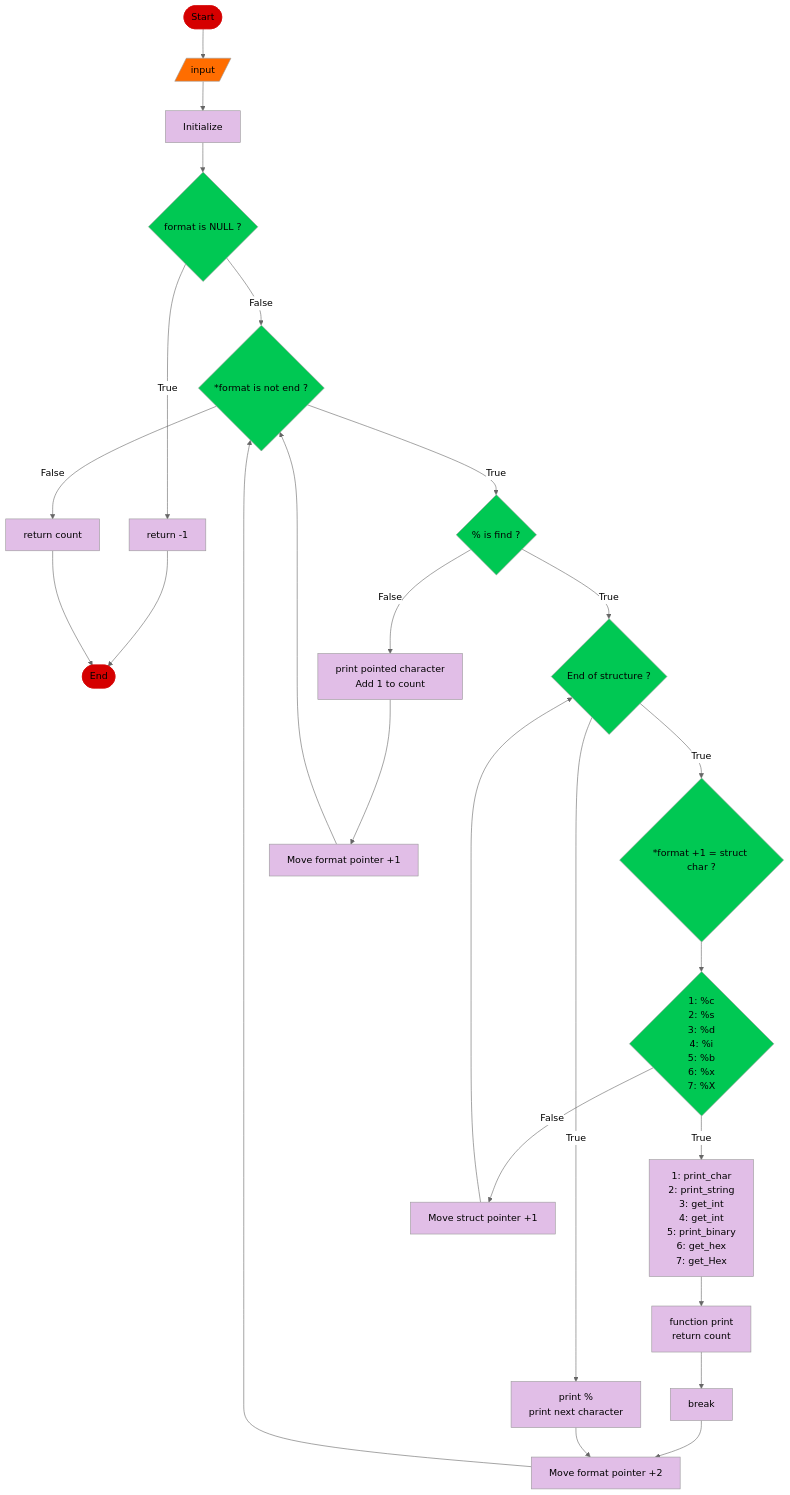
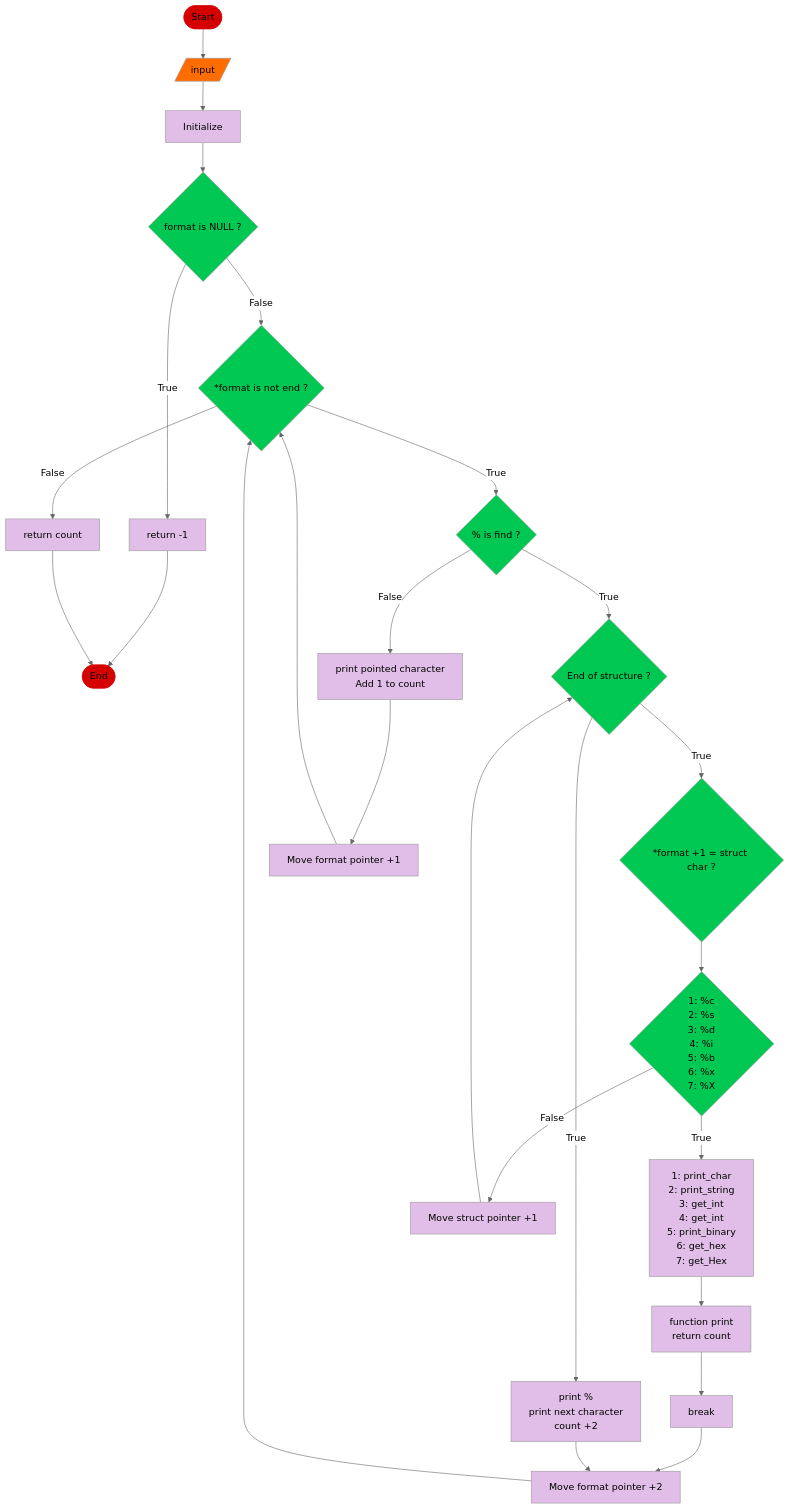
One commit to JohanVillard/holbertonschool-printf changed the diagram in README.md. Above: the diagram before and after it, drawn with Mermaid (neutral theme).

Commit message:
Correct color polive character and add count+2 in no specifier found in flowchart

````diff
--- a/README.md
+++ b/README.md
@@ -149,61 +149,62 @@
 ```mermaid
-flowchart TB;
+flowchart TB
     id1(["Start"]) --> in[/"input"/]
     in --> init1["Initialize"]
     init1 --> if0{"format is NULL ?"}
     if0 -- False --> while1{"*format is not end ?"}
     if0 -- True --> returnNULL["return -1"]
     returnNULL --> id2(["End"])
     while1 -- True --> if1{"% is find ?"}
     if1 -- True --> while2{"End of structure ?"}
     if1 -- False --> putchar1["print pointed character
                     Add 1 to count"]
     while2 -- True --> putchar5["print %
-                               print next character"] & if2{"*format +1 = struct char ?"}
+                               print next character
+                               count +2"] & if2{"*format +1 = struct char ?"}
     if2 --> struct1{"1: %c
                     2: %s
                     3: %d
                     4: %i
                     5: %b
                     6: %x
                     7: %X"}
     struct1 -- True --> help_func["1: print_char
                                 2: print_string
                                 3: get_int
                                 4: get_int
                                 5: print_binary
                                 6: get_hex
                                 7: get_Hex"]
     help_func --> print["function print
                         return count"]
     print --> break["break"]
     break --> mvptr3["Move format pointer +2"]
     putchar5 --> mvptr3
     mvptr3 --> while1
     struct1 -- False --> mvptr2["Move struct pointer +1"]
     mvptr2 --> while2
     putchar1 --> mvptr1["Move format pointer +1"]
     while1 -- False --> return["return count"]
     mvptr1 --> while1
     return --> id2
     style id1 stroke:#D50000,fill:#D50000,color:#000000
     style in fill:#FF6D00,color:#000000
     style init1 fill:#E1BEE7,color:#000000
     style if0 fill:#00C853,color:#000000
     style while1 fill:#00C853,color:#000000
     style returnNULL fill:#E1BEE7,color:#000000
     style id2 stroke:#D50000,fill:#D50000,color:#000000
     style if1 fill:#00C853,color:#000000
     style while2 fill:#00C853,color:#000000
     style putchar1 fill:#E1BEE7,color:#000000
     style putchar5 fill:#E1BEE7,color:#000000
     style if2 fill:#00C853,color:#000000
     style struct1 fill:#00C853,color:#000000
     style help_func fill:#E1BEE7,color:#000000
     style print fill:#E1BEE7,color:#000000
-    style break fill:#E1BEE7
+    style break fill:#E1BEE7,color:#000000
     style mvptr3 fill:#E1BEE7,color:#000000
     style mvptr2 fill:#E1BEE7,color:#000000
     style mvptr1 fill:#E1BEE7,color:#000000
     style return fill:#E1BEE7,color:#000000
 ```
````
